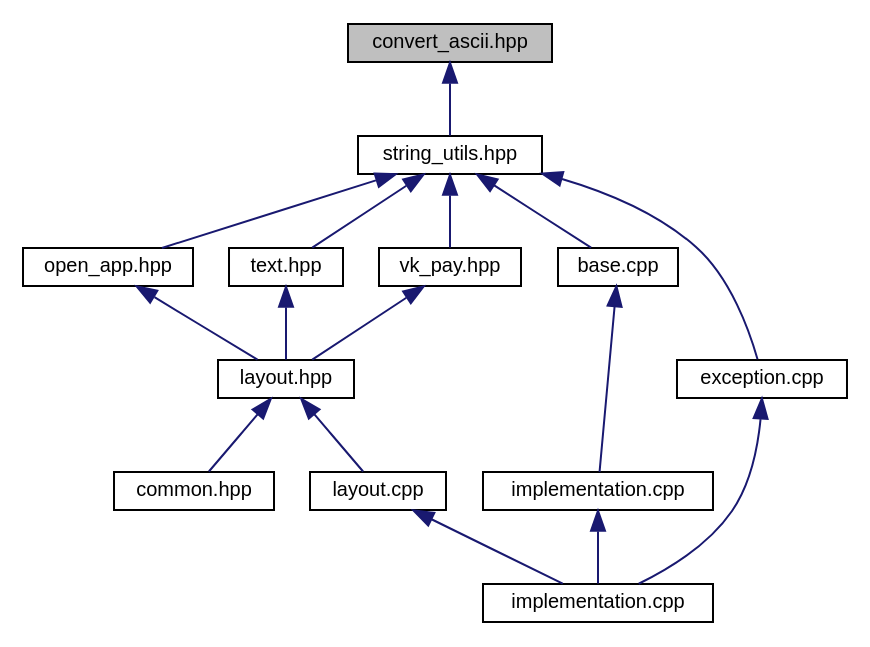
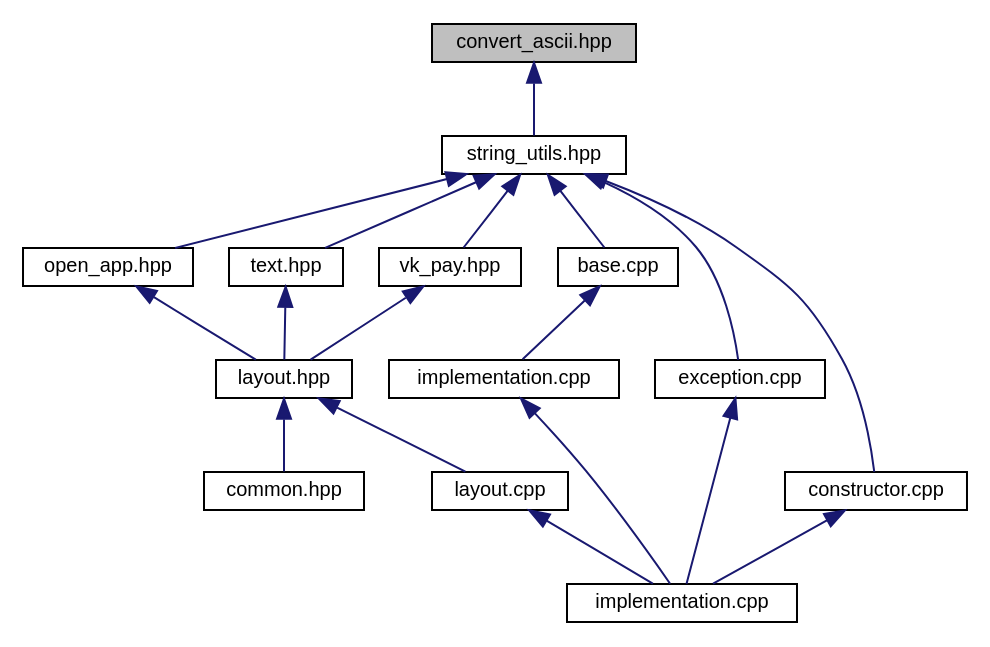
Before and after one commit to edgjj/cpp_vk_lib: the diagram in docs/convert__ascii_8hpp__dep__incl.dot, drawn with Graphviz. The commit also changed 665 other files, not shown here.

```diff
--- a/docs/convert__ascii_8hpp__dep__incl.dot
+++ b/docs/convert__ascii_8hpp__dep__incl.dot
@@ -1,33 +1,36 @@
 digraph "convert_ascii.hpp"
 {
  // LATEX_PDF_SIZE
   edge [fontname="Helvetica",fontsize="10",labelfontname="Helvetica",labelfontsize="10"];
   node [fontname="Helvetica",fontsize="10",shape=record];
   Node1 [label="convert_ascii.hpp",height=0.2,width=0.4,color="black", fillcolor="grey75", style="filled", fontcolor="black",tooltip=" "];
   Node1 -> Node2 [dir="back",color="midnightblue",fontsize="10",style="solid",fontname="Helvetica"];
   Node2 [label="string_utils.hpp",height=0.2,width=0.4,color="black", fillcolor="white", style="filled",URL="$string__utils_8hpp.html",tooltip=" "];
   Node2 -> Node3 [dir="back",color="midnightblue",fontsize="10",style="solid",fontname="Helvetica"];
   Node3 [label="open_app.hpp",height=0.2,width=0.4,color="black", fillcolor="white", style="filled",URL="$open__app_8hpp.html",tooltip=" "];
   Node3 -> Node4 [dir="back",color="midnightblue",fontsize="10",style="solid",fontname="Helvetica"];
   Node4 [label="layout.hpp",height=0.2,width=0.4,color="black", fillcolor="white", style="filled",URL="$layout_8hpp.html",tooltip=" "];
   Node4 -> Node5 [dir="back",color="midnightblue",fontsize="10",style="solid",fontname="Helvetica"];
   Node5 [label="common.hpp",height=0.2,width=0.4,color="black", fillcolor="white", style="filled",URL="$common_8hpp.html",tooltip=" "];
   Node4 -> Node6 [dir="back",color="midnightblue",fontsize="10",style="solid",fontname="Helvetica"];
   Node6 [label="layout.cpp",height=0.2,width=0.4,color="black", fillcolor="white", style="filled",URL="$layout_8cpp.html",tooltip=" "];
   Node6 -> Node7 [dir="back",color="midnightblue",fontsize="10",style="solid",fontname="Helvetica"];
-  Node7 [label="implementation.cpp",height=0.2,width=0.4,color="black", fillcolor="white", style="filled",URL="$vk_2src_2implementation_8cpp.html",tooltip=" "];
+  Node7 [label="implementation.cpp",height=0.2,width=0.4,color="black", fillcolor="white", style="filled",URL="$vk_2implementation_8cpp.html",tooltip=" "];
   Node2 -> Node8 [dir="back",color="midnightblue",fontsize="10",style="solid",fontname="Helvetica"];
   Node8 [label="text.hpp",height=0.2,width=0.4,color="black", fillcolor="white", style="filled",URL="$text_8hpp.html",tooltip=" "];
   Node8 -> Node4 [dir="back",color="midnightblue",fontsize="10",style="solid",fontname="Helvetica"];
   Node2 -> Node9 [dir="back",color="midnightblue",fontsize="10",style="solid",fontname="Helvetica"];
   Node9 [label="vk_pay.hpp",height=0.2,width=0.4,color="black", fillcolor="white", style="filled",URL="$vk__pay_8hpp.html",tooltip=" "];
   Node9 -> Node4 [dir="back",color="midnightblue",fontsize="10",style="solid",fontname="Helvetica"];
   Node2 -> Node10 [dir="back",color="midnightblue",fontsize="10",style="solid",fontname="Helvetica"];
   Node10 [label="base.cpp",height=0.2,width=0.4,color="black", fillcolor="white", style="filled",URL="$base_8cpp.html",tooltip=" "];
   Node10 -> Node11 [dir="back",color="midnightblue",fontsize="10",style="solid",fontname="Helvetica"];
-  Node11 [label="implementation.cpp",height=0.2,width=0.4,color="black", fillcolor="white", style="filled",URL="$vk_2src_2attachment_2implementation_8cpp.html",tooltip=" "];
+  Node11 [label="implementation.cpp",height=0.2,width=0.4,color="black", fillcolor="white", style="filled",URL="$vk_2attachment_2implementation_8cpp.html",tooltip=" "];
   Node11 -> Node7 [dir="back",color="midnightblue",fontsize="10",style="solid",fontname="Helvetica"];
   Node2 -> Node12 [dir="back",color="midnightblue",fontsize="10",style="solid",fontname="Helvetica"];
   Node12 [label="exception.cpp",height=0.2,width=0.4,color="black", fillcolor="white", style="filled",URL="$exception_8cpp.html",tooltip=" "];
   Node12 -> Node7 [dir="back",color="midnightblue",fontsize="10",style="solid",fontname="Helvetica"];
+  Node2 -> Node13 [dir="back",color="midnightblue",fontsize="10",style="solid",fontname="Helvetica"];
+  Node13 [label="constructor.cpp",height=0.2,width=0.4,color="black", fillcolor="white", style="filled",URL="$constructor_8cpp.html",tooltip=" "];
+  Node13 -> Node7 [dir="back",color="midnightblue",fontsize="10",style="solid",fontname="Helvetica"];
 }
```
